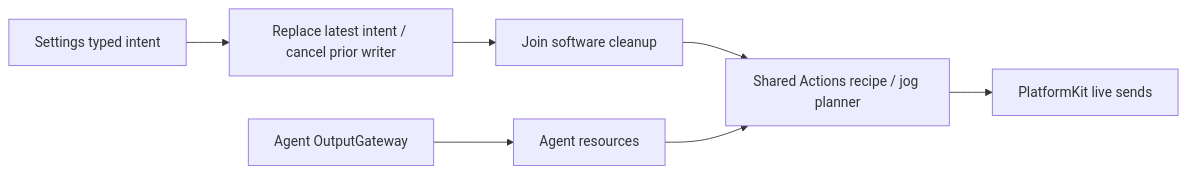
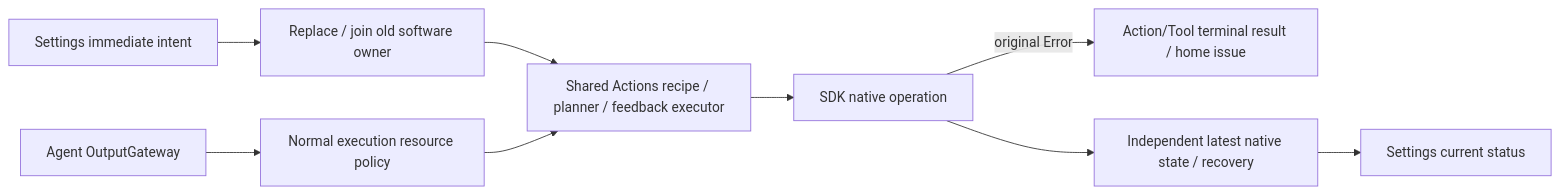
One commit to devilyouwei/MobileHarness changed the third of 3 diagrams in MobileHarness/App/Workflows/Bluetooth/README.md. Above: the diagram before and after it, drawn with Mermaid. The commit also changed other lines of this file and 135 other files, not shown here.

First line of the commit message:
Decouple Bluetooth recovery and execution failures; simplify resource ownership

````diff
--- a/MobileHarness/App/Workflows/Bluetooth/README.md
+++ b/MobileHarness/App/Workflows/Bluetooth/README.md
@@ -64,9 +56,11 @@
 ```mermaid
 flowchart LR
-    UI[Settings typed intent] --> Replace[Replace latest intent / cancel prior writer]
-    Replace --> Join[Join software cleanup]
-    Join --> Recipe[Shared Actions recipe / jog planner]
-    Recipe --> Native[PlatformKit live sends]
-    Agent[Agent OutputGateway] --> Fence[Agent resources]
-    Fence --> Recipe
+    Settings[Settings immediate intent] --> Replace[Replace / join old software owner]
+    Replace --> Actions[Shared Actions recipe / planner / feedback executor]
+    Agent[Agent OutputGateway] --> Resources[Normal execution resource policy]
+    Resources --> Actions
+    Actions --> Native[SDK native operation]
+    Native -->|original Error| Result[Action/Tool terminal result / home issue]
+    Native --> State[Independent latest native state / recovery]
+    State --> SettingsUI[Settings current status]
 ```
````
